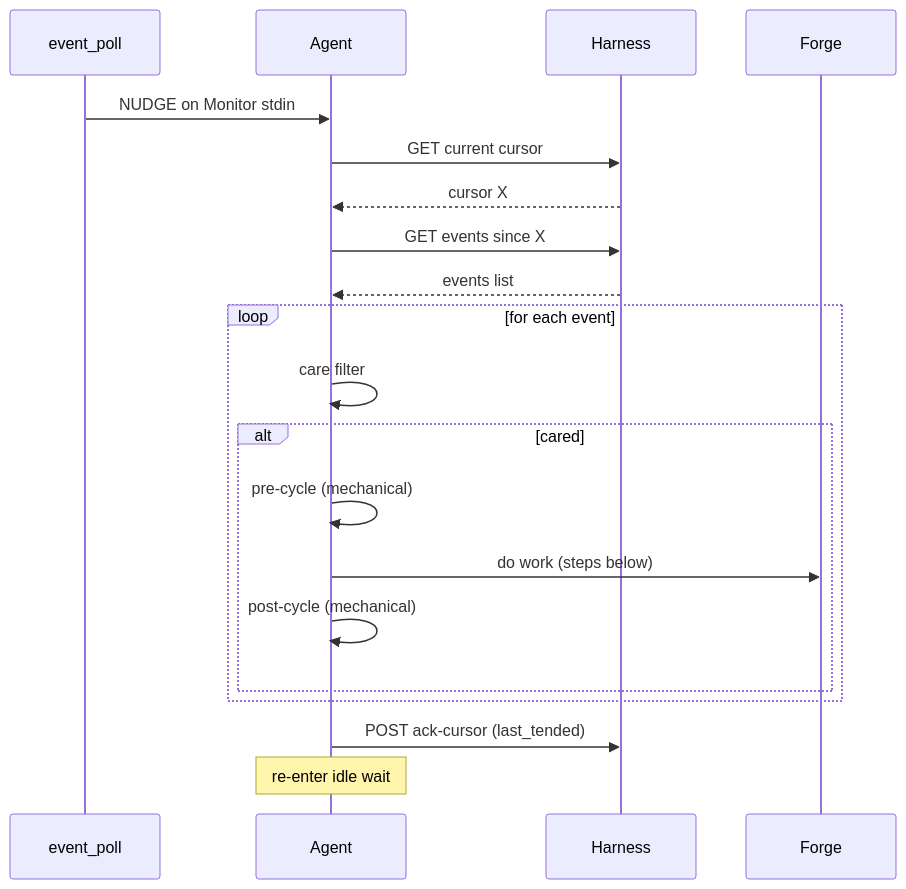
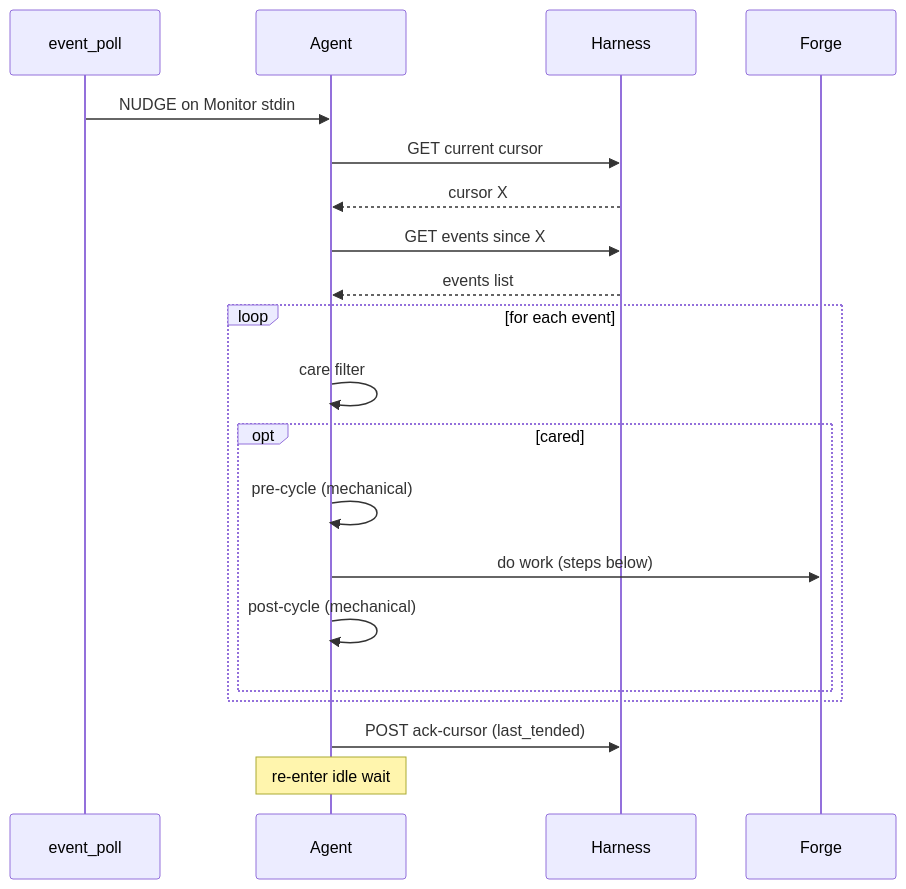
One commit to WallyDoodlez/SquidSquad changed the second of 3 diagrams in .squidsquad/dm/CLAUDE.linked.md. Above: the diagram before and after it, drawn with Mermaid. The commit also changed other lines of this file and 9 other files, not shown here.

First line of the commit message:
skill: #11144 — eliminate "Step N" collision inside step:cycle/boot; fix alt→opt in nudge diagram

````diff
--- a/.squidsquad/dm/CLAUDE.linked.md
+++ b/.squidsquad/dm/CLAUDE.linked.md
@@ -238,22 +238,22 @@
 ```mermaid
 sequenceDiagram
     participant EP as event_poll
     participant A as Agent
     participant H as Harness
     participant F as Forge
     EP->>A: NUDGE on Monitor stdin
     A->>H: GET current cursor
     H-->>A: cursor X
     A->>H: GET events since X
     H-->>A: events list
     loop for each event
         A->>A: care filter
-        alt cared
+        opt cared
             A->>A: pre-cycle (mechanical)
             A->>F: do work (steps below)
             A->>A: post-cycle (mechanical)
         end
     end
     A->>H: POST ack-cursor (last_tended)
     Note over A: re-enter idle wait
 ```
````
